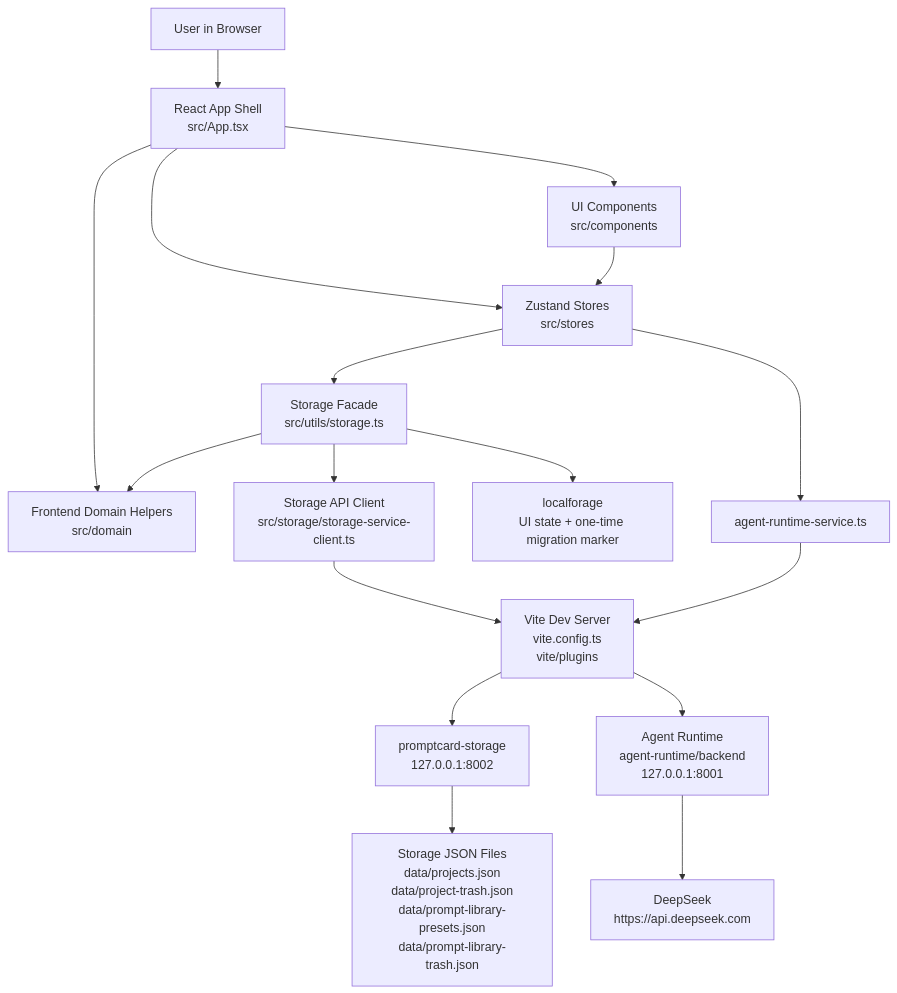
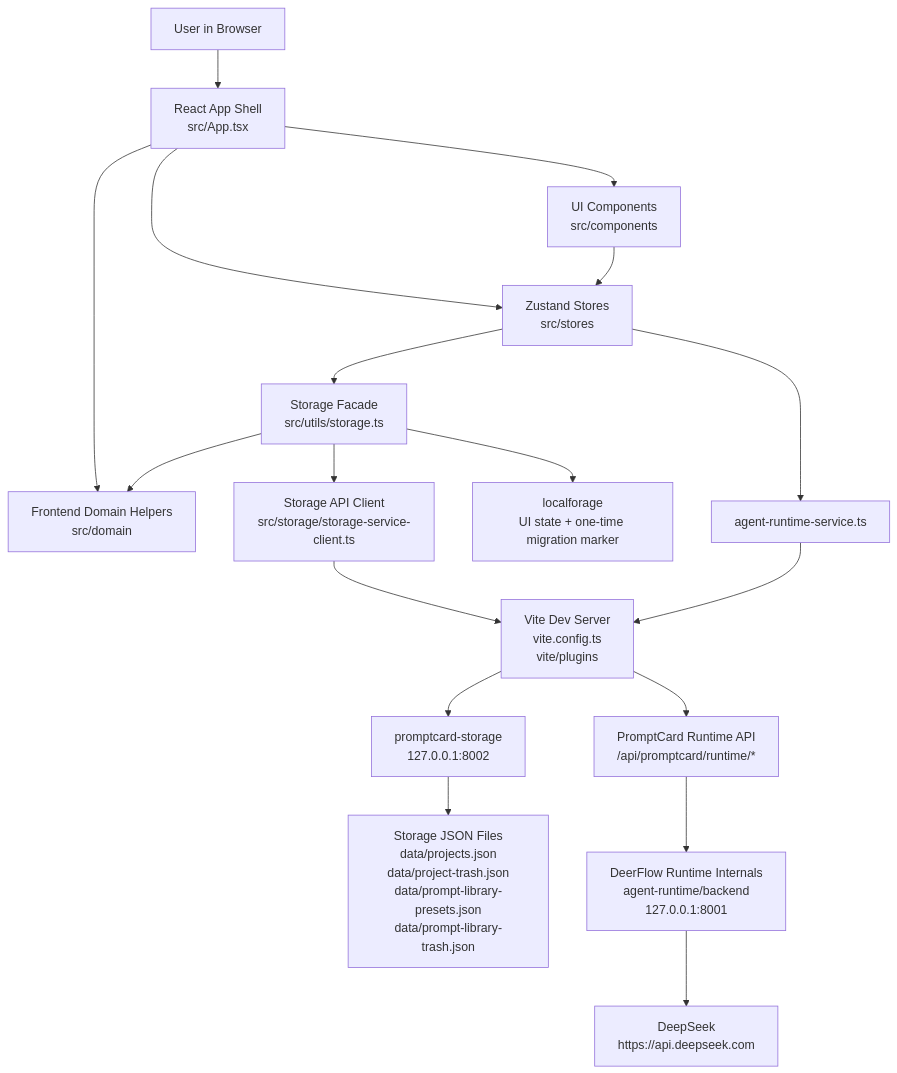
Before and after one commit to Aoye-3/PromptCard-Agent: the diagram in docs/architecture/system-architecture.md, drawn with Mermaid. The commit also changed other lines of this file and 20 other files, not shown here.

Commit message:
refactor agent runtime boundary

````diff
--- a/docs/architecture/system-architecture.md
+++ b/docs/architecture/system-architecture.md
@@ -11,33 +11,35 @@
 ```mermaid
 flowchart TD
   User["User in Browser"]
   App["React App Shell<br/>src/App.tsx"]
   Components["UI Components<br/>src/components"]
   Domain["Frontend Domain Helpers<br/>src/domain"]
   Stores["Zustand Stores<br/>src/stores"]
   Storage["Storage Facade<br/>src/utils/storage.ts"]
   StorageClient["Storage API Client<br/>src/storage/storage-service-client.ts"]
   BrowserDB["localforage<br/>UI state + one-time migration marker"]
   StorageService["promptcard-storage<br/>127.0.0.1:8002"]
   Vite["Vite Dev Server<br/>vite.config.ts<br/>vite/plugins"]
   Files["Storage JSON Files<br/>data/projects.json<br/>data/project-trash.json<br/>data/prompt-library-presets.json<br/>data/prompt-library-trash.json"]
-  Runtime["Agent Runtime<br/>agent-runtime/backend<br/>127.0.0.1:8001"]
+  RuntimeBoundary["PromptCard Runtime API<br/>/api/promptcard/runtime/*"]
+  Runtime["DeerFlow Runtime Internals<br/>agent-runtime/backend<br/>127.0.0.1:8001"]
   DeepSeek["DeepSeek<br/>https://api.deepseek.com"]
 
   User --> App
   App --> Components
   App --> Domain
   App --> Stores
   Stores --> Storage
   Storage --> Domain
   Storage --> StorageClient
   Storage --> BrowserDB
   StorageClient --> Vite
   Vite --> StorageService
   StorageService --> Files
   Components --> Stores
   Stores --> RuntimeService["agent-runtime-service.ts"]
   RuntimeService --> Vite
-  Vite --> Runtime
+  Vite --> RuntimeBoundary
+  RuntimeBoundary --> Runtime
   Runtime --> DeepSeek
 ```
````
